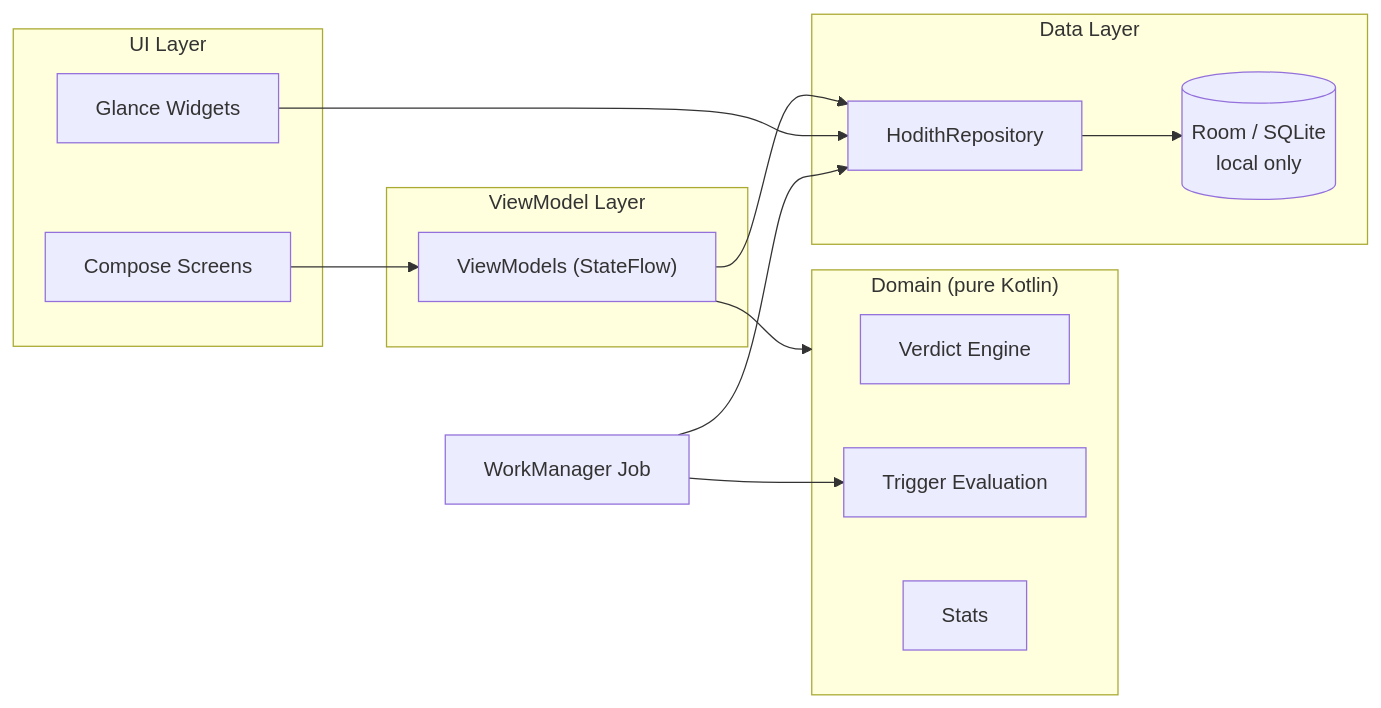
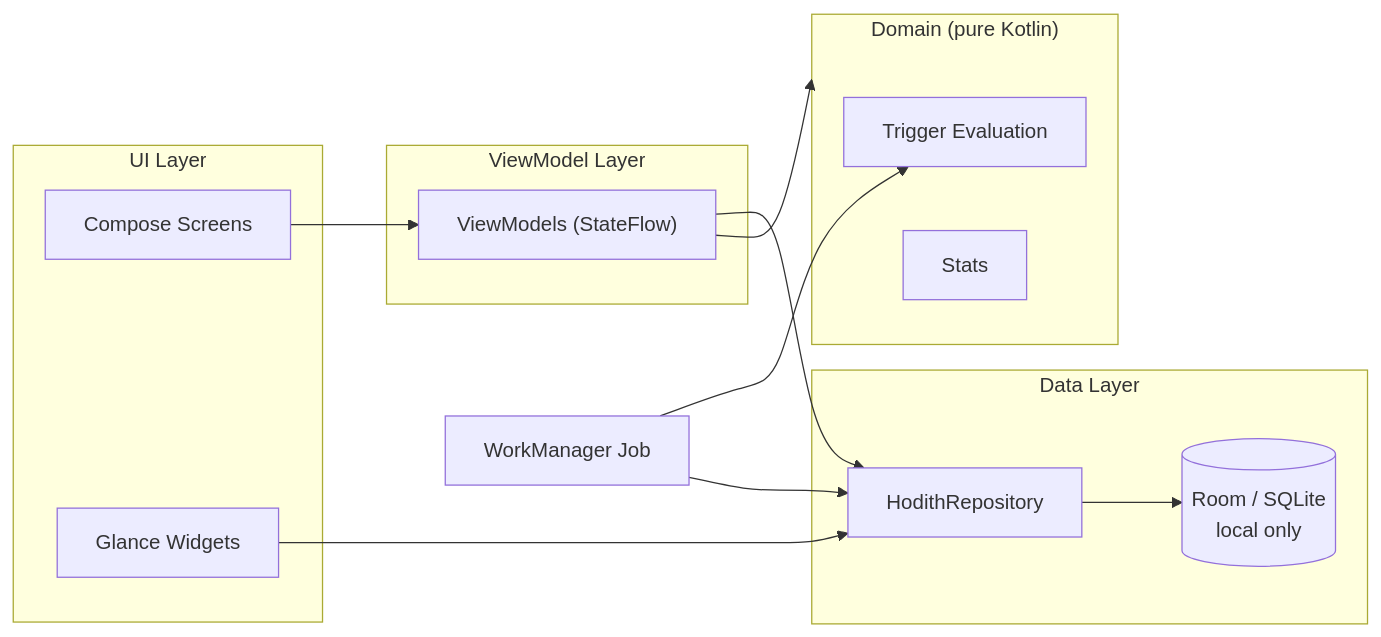
One commit to mikamartin/HODITH changed the diagram in README.md. Above: the diagram before and after it, drawn with Mermaid. The commit also changed other lines of this file and 7 other files, not shown here.

````diff
--- a/README.md
+++ b/README.md
@@ -56,26 +56,25 @@
 ```mermaid
 graph LR
     subgraph ui["UI Layer"]
         Screens["Compose Screens"]
         Widgets["Glance Widgets"]
     end
     subgraph vm["ViewModel Layer"]
         ViewModels["ViewModels (StateFlow)"]
     end
     subgraph domain["Domain (pure Kotlin)"]
-        Verdict["Verdict Engine"]
         Triggers["Trigger Evaluation"]
         Stats["Stats"]
     end
     subgraph data["Data Layer"]
         Repo["HodithRepository"]
         DB[("Room / SQLite<br/>local only")]
     end
     Work["WorkManager Job"]
     Screens --> ViewModels --> Repo
     ViewModels --> domain
     Widgets --> Repo
     Work --> Triggers
     Work --> Repo
     Repo --> DB
 ```
````
